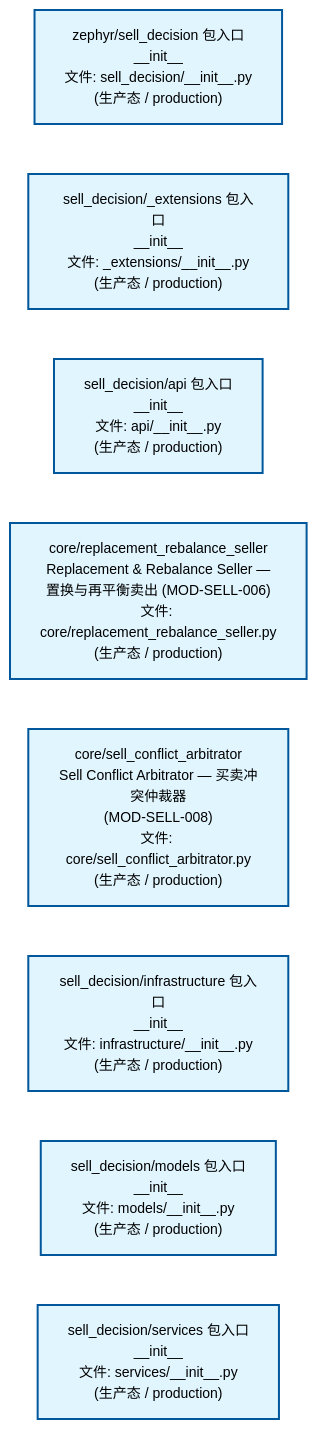
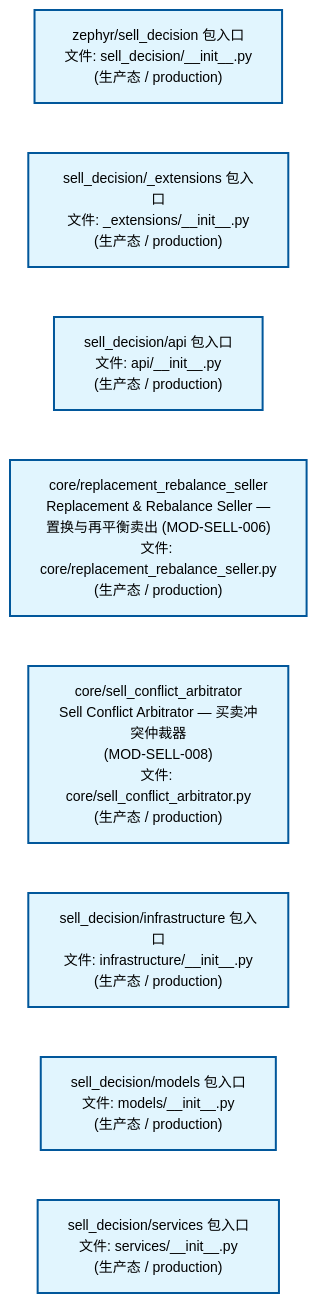
The second of 4 diagrams in docs/02_enterprise_architecture/02_domain_architecture_docs/67_d_sell_decision.md (xuanFelixVan/ZephyrAlpha), drawn with Mermaid before and after one commit. The commit also changed other lines of this file and 58 other files, not shown here.

````diff
--- a/docs/02_enterprise_architecture/02_domain_architecture_docs/67_d_sell_decision.md
+++ b/docs/02_enterprise_architecture/02_domain_architecture_docs/67_d_sell_decision.md
@@ -134,24 +134,24 @@
 ```mermaid
 %%{init: {'theme': 'base', 'themeVariables': {'primaryColor': '#eaeaea', 'primaryTextColor': '#333333', 'primaryBorderColor': '#666666', 'lineColor': '#666666', 'secondaryColor': '#eaeaea', 'tertiaryColor': '#eaeaea', 'fontSize': '14px'}}}%%
 flowchart TD
-    src_zephyr_sell_decision_init_py["zephyr/sell_decision 包入口<br/>__init__<br/>文件: sell_decision/__init__.py<br/>(生产态 / production)"]
-    src_zephyr_sell_decision_extensions_init_py["sell_decision/_extensions 包入口<br/>__init__<br/>文件: _extensions/__init__.py<br/>(生产态 / production)"]
-    src_zephyr_sell_decision_api_init_py["sell_decision/api 包入口<br/>__init__<br/>文件: api/__init__.py<br/>(生产态 / production)"]
+    src_zephyr_sell_decision_init_py["zephyr/sell_decision 包入口<br/>文件: sell_decision/__init__.py<br/>(生产态 / production)"]
+    src_zephyr_sell_decision_extensions_init_py["sell_decision/_extensions 包入口<br/>文件: _extensions/__init__.py<br/>(生产态 / production)"]
+    src_zephyr_sell_decision_api_init_py["sell_decision/api 包入口<br/>文件: api/__init__.py<br/>(生产态 / production)"]
     src_zephyr_sell_decision_core_replacement_rebalance_seller_py["core/replacement_rebalance_seller<br/>Replacement & Rebalance Seller —<br/>置换与再平衡卖出 (MOD-SELL-006)<br/>文件: core/replacement_rebalance_seller.py<br/>(生产态 / production)"]
     src_zephyr_sell_decision_core_sell_conflict_arbitrator_py["core/sell_conflict_arbitrator<br/>Sell Conflict Arbitrator — 买卖冲突仲裁器<br/>(MOD-SELL-008)<br/>文件: core/sell_conflict_arbitrator.py<br/>(生产态 / production)"]
-    src_zephyr_sell_decision_infrastructure_init_py["sell_decision/infrastructure 包入口<br/>__init__<br/>文件: infrastructure/__init__.py<br/>(生产态 / production)"]
-    src_zephyr_sell_decision_models_init_py["sell_decision/models 包入口<br/>__init__<br/>文件: models/__init__.py<br/>(生产态 / production)"]
-    src_zephyr_sell_decision_services_init_py["sell_decision/services 包入口<br/>__init__<br/>文件: services/__init__.py<br/>(生产态 / production)"]
+    src_zephyr_sell_decision_infrastructure_init_py["sell_decision/infrastructure 包入口<br/>文件: infrastructure/__init__.py<br/>(生产态 / production)"]
+    src_zephyr_sell_decision_models_init_py["sell_decision/models 包入口<br/>文件: models/__init__.py<br/>(生产态 / production)"]
+    src_zephyr_sell_decision_services_init_py["sell_decision/services 包入口<br/>文件: services/__init__.py<br/>(生产态 / production)"]
     src_zephyr_sell_decision_init_py ~~~ src_zephyr_sell_decision_extensions_init_py
     src_zephyr_sell_decision_extensions_init_py ~~~ src_zephyr_sell_decision_api_init_py
     src_zephyr_sell_decision_api_init_py ~~~ src_zephyr_sell_decision_core_replacement_rebalance_seller_py
     src_zephyr_sell_decision_core_replacement_rebalance_seller_py ~~~ src_zephyr_sell_decision_core_sell_conflict_arbitrator_py
     src_zephyr_sell_decision_core_sell_conflict_arbitrator_py ~~~ src_zephyr_sell_decision_infrastructure_init_py
     src_zephyr_sell_decision_infrastructure_init_py ~~~ src_zephyr_sell_decision_models_init_py
     src_zephyr_sell_decision_models_init_py ~~~ src_zephyr_sell_decision_services_init_py
     classDef production fill:#e1f5fe,stroke:#01579b,stroke-width:2px,color:#000
     classDef design fill:#fff3e0,stroke:#e65100,stroke-width:2px,color:#000,stroke-dasharray: 5 5
     classDef external_prod fill:#e8f4fd,stroke:#0277bd,stroke-width:1px,color:#000
     classDef external_design fill:#fff8e7,stroke:#ef6c00,stroke-width:1px,color:#000,stroke-dasharray: 5 5
     class src_zephyr_sell_decision_init_py,src_zephyr_sell_decision_extensions_init_py,src_zephyr_sell_decision_api_init_py,src_zephyr_sell_decision_core_replacement_rebalance_seller_py,src_zephyr_sell_decision_core_sell_conflict_arbitrator_py,src_zephyr_sell_decision_infrastructure_init_py,src_zephyr_sell_decision_models_init_py,src_zephyr_sell_decision_services_init_py production
 ```
````
